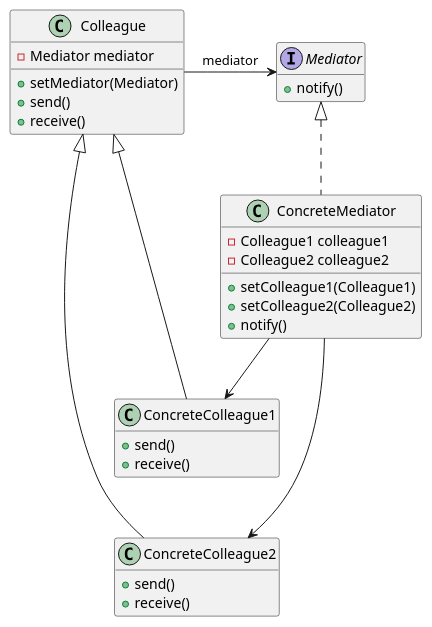
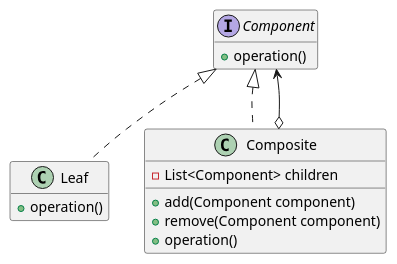
Diagram 12 of 13 in posts/framework/GabrielCoffee9.md (20231-ifba-saj-ads-ppr/blog-material-aula), drawn with PlantUML before and after one commit. The commit also changed other lines of this file, not shown here.

````diff
--- a/posts/framework/GabrielCoffee9.md
+++ b/posts/framework/GabrielCoffee9.md
@@ -398,42 +1255,23 @@
 ```plantuml
 @startuml
-interface Mediator {
-    + notify()
+interface Component {
+    + operation()
 }
 
-class ConcreteMediator implements Mediator {
-    - Colleague1 colleague1 
-    - Colleague2 colleague2 
-
-    + setColleague1(Colleague1)
-    + setColleague2(Colleague2)
-    + notify()
-} 
- 
-class Colleague {
-    - Mediator mediator 
-    + setMediator(Mediator)
-    + send()
-    + receive()
+class Leaf implements Component {
+    + operation()
 }
 
-class ConcreteColleague1 extends Colleague {
-    + send()
-    + receive()
+class Composite implements Component{
+    - List<Component> children
+    + add(Component component)
+    + remove(Component component)
+    + operation()
 }
 
-class ConcreteColleague2 extends Colleague {
-    + send()
-    + receive()
-}
-
-
-Colleague -> Mediator:mediator
-ConcreteMediator --> ConcreteColleague1
-ConcreteMediator ---> ConcreteColleague2
+Composite o--> Component
 
 hide empty attributes
 hide empty methods
 @enduml
-
 ```
````
